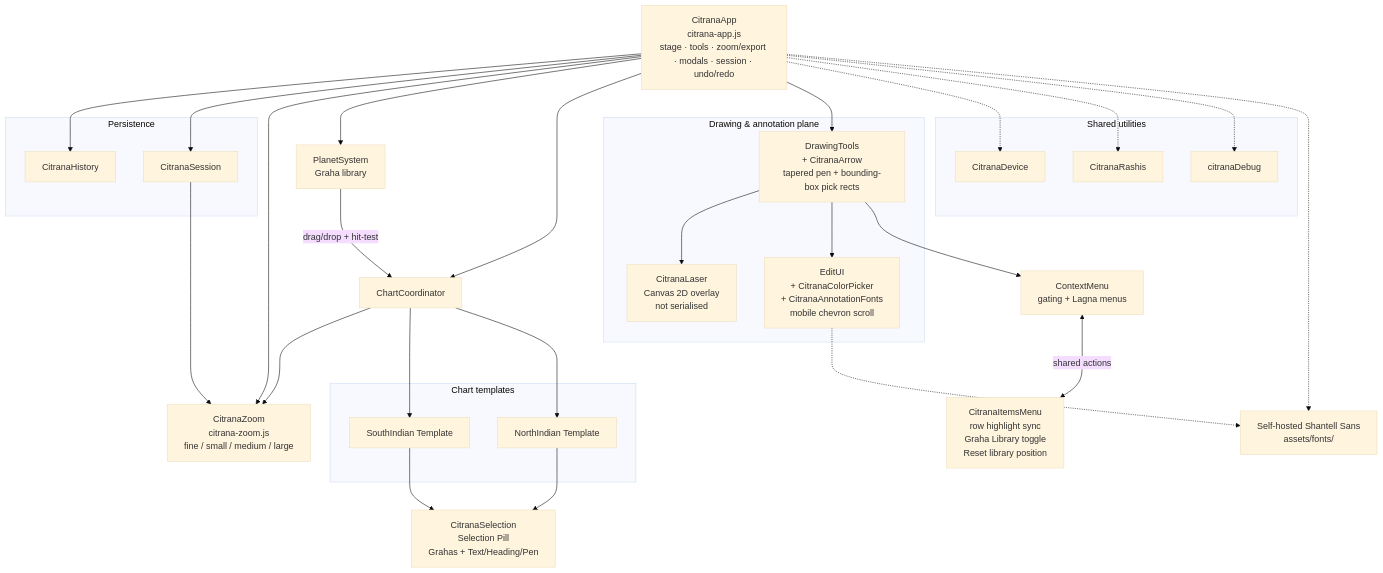
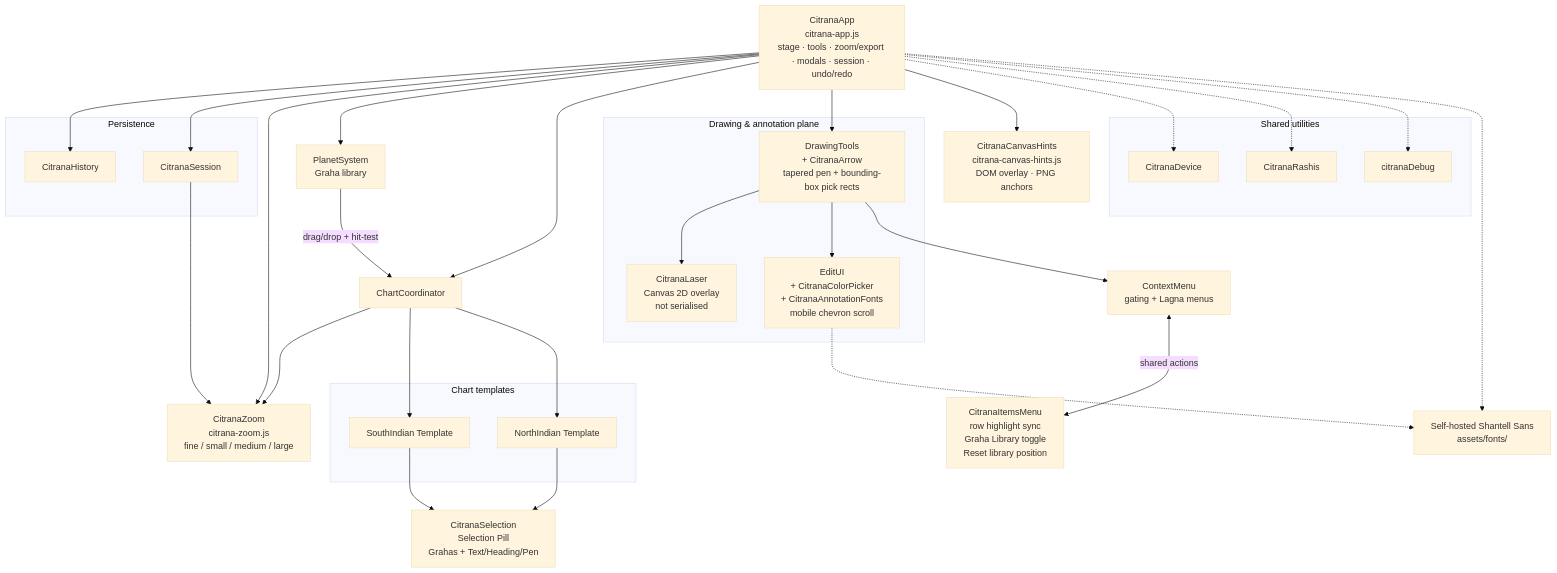
Before and after one commit to IAmVigneswaran/Soothsayer-Citrana: the diagram in ARCHITECTURE.md, drawn with Mermaid (base theme). The commit also changed other lines of this file and 4 other files, not shown here.

First line of the commit message:
Sync agent docs for canvas hints and runtime composition

````diff
--- a/ARCHITECTURE.md
+++ b/ARCHITECTURE.md
@@ -72,63 +73,66 @@
 ```mermaid
 flowchart TB
     App["CitranaApp<br/>citrana-app.js<br/>stage · tools · zoom/export · modals · session · undo/redo"]
 
     subgraph Persistence["Persistence"]
         History["CitranaHistory"]
         Session["CitranaSession"]
     end
 
     Zoom["CitranaZoom<br/>citrana-zoom.js<br/>fine / small / medium / large"]
 
     PlanetSystem["PlanetSystem<br/>Graha library"]
     Coordinator["ChartCoordinator"]
 
     subgraph ChartTemplates["Chart templates"]
         South["SouthIndian Template"]
         North["NorthIndian Template"]
     end
 
     Selection["CitranaSelection<br/>Selection Pill<br/>Grahas + Text/Heading/Pen"]
 
     subgraph DrawingPlane["Drawing & annotation plane"]
         DrawingTools["DrawingTools<br/>+ CitranaArrow<br/>tapered pen + bounding-box pick rects"]
         Laser["CitranaLaser<br/>Canvas 2D overlay<br/>not serialised"]
         EditUI["EditUI<br/>+ CitranaColorPicker<br/>+ CitranaAnnotationFonts<br/>mobile chevron scroll"]
     end
 
     ContextMenu["ContextMenu<br/>gating + Lagna menus"]
     ItemsMenu["CitranaItemsMenu<br/>row highlight sync<br/>Graha Library toggle<br/>Reset library position"]
 
+    CanvasHints["CitranaCanvasHints<br/>citrana-canvas-hints.js<br/>DOM overlay · PNG anchors"]
+
     subgraph Shared["Shared utilities"]
         Device["CitranaDevice"]
         Rashis["CitranaRashis"]
         Debug["citranaDebug"]
     end
 
     Fonts["Self-hosted Shantell Sans<br/>assets/fonts/"]
 
     App --> History
     App --> Session
     App --> Zoom
     App --> PlanetSystem
     App --> Coordinator
     Session --> Zoom
     Coordinator --> Zoom
     PlanetSystem -->|"drag/drop + hit-test"| Coordinator
     Coordinator --> South
     Coordinator --> North
     South --> Selection
     North --> Selection
 
     App --> DrawingTools
+    App --> CanvasHints
     DrawingTools --> Laser
     DrawingTools --> EditUI
     DrawingTools --> ContextMenu
     ContextMenu <-->|"shared actions"| ItemsMenu
 
     App -.-> Device
     App -.-> Rashis
     App -.-> Debug
     EditUI -.-> Fonts
     App -.-> Fonts
 ```
````
